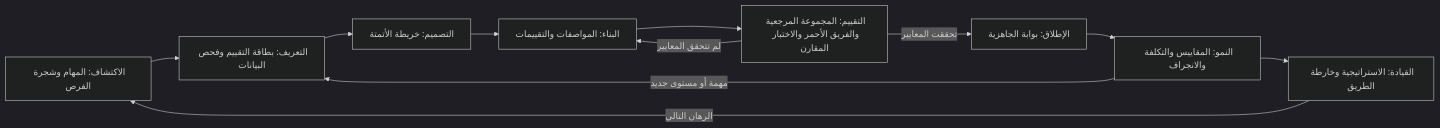
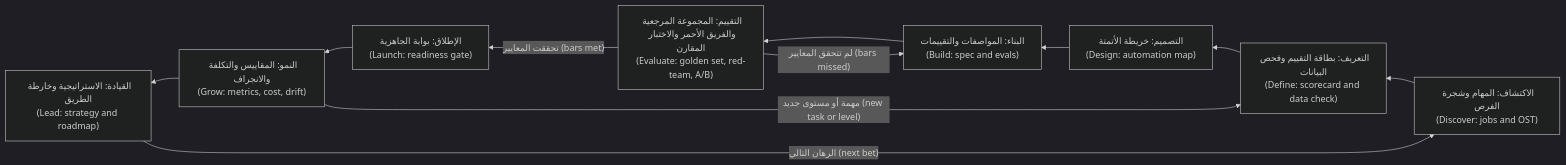
Before and after one commit to Tamoura/system-design-for-vibe-coders: the first of 2 diagrams in aipm/modules/10-capstone.ar.md, drawn with Mermaid (dark theme). The commit also changed other lines of this file and 9 other files, not shown here.

First line of the commit message:
AI PM course (AR): right-to-left diagrams with English labels

````diff
--- a/aipm/modules/10-capstone.ar.md
+++ b/aipm/modules/10-capstone.ar.md
@@ -75,13 +75,13 @@
 ```mermaid
-flowchart LR
-  D["الاكتشاف: المهام وشجرة الفرص"] --> F["التعريف: بطاقة التقييم وفحص البيانات"]
-  F --> G["التصميم: خريطة الأتمتة"]
-  G --> B["البناء: المواصفات والتقييمات"]
-  B --> E["التقييم: المجموعة المرجعية والفريق الأحمر والاختبار المقارن"]
-  E -->|"تحققت المعايير"| L["الإطلاق: بوابة الجاهزية"]
-  E -->|"لم تتحقق المعايير"| B
-  L --> R["النمو: المقاييس والتكلفة والانجراف"]
-  R -->|"مهمة أو مستوى جديد"| F
-  R --> K["القيادة: الاستراتيجية وخارطة الطريق"]
-  K -->|"الرهان التالي"| D
+flowchart RL
+  D["الاكتشاف: المهام وشجرة الفرص<br/>(Discover: jobs and OST)"] --> F["التعريف: بطاقة التقييم وفحص البيانات<br/>(Define: scorecard and data check)"]
+  F --> G["التصميم: خريطة الأتمتة<br/>(Design: automation map)"]
+  G --> B["البناء: المواصفات والتقييمات<br/>(Build: spec and evals)"]
+  B --> E["التقييم: المجموعة المرجعية والفريق الأحمر والاختبار المقارن<br/>(Evaluate: golden set, red-team, A/B)"]
+  E -->|"تحققت المعايير (bars met)"| L["الإطلاق: بوابة الجاهزية<br/>(Launch: readiness gate)"]
+  E -->|"لم تتحقق المعايير (bars missed)"| B
+  L --> R["النمو: المقاييس والتكلفة والانجراف<br/>(Grow: metrics, cost, drift)"]
+  R -->|"مهمة أو مستوى جديد (new task or level)"| F
+  R --> K["القيادة: الاستراتيجية وخارطة الطريق<br/>(Lead: strategy and roadmap)"]
+  K -->|"الرهان التالي (next bet)"| D
 ```
````
